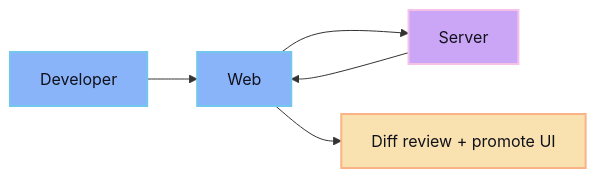
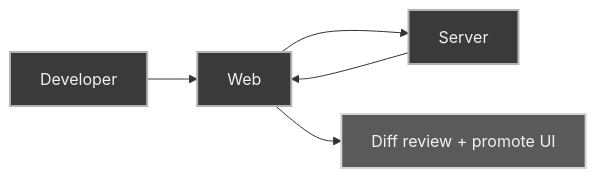
The diagram in src/content/docs/surfaces/web.md (cloudboy-jh/glib-code-docs), drawn with Mermaid before and after one commit. The commit also changed 15 other files, not shown here.

````diff
--- a/src/content/docs/surfaces/web.md
+++ b/src/content/docs/surfaces/web.md
@@ -16,16 +16,16 @@
 ```mermaid
 flowchart LR
   User["Developer"] --> Web["Web"]
   Web --> Server["Server"]
   Server --> Web
   Web --> Review["Diff review + promote UI"]
 
-  classDef ui fill:#89b4fa,stroke:#74c7ec,color:#11111b,stroke-width:2px
-  classDef review fill:#f9e2af,stroke:#fab387,color:#11111b,stroke-width:2px
-  classDef server fill:#cba6f7,stroke:#f5c2e7,color:#11111b,stroke-width:2px
-  classDef safe fill:#a6e3a1,stroke:#94e2d5,color:#11111b,stroke-width:2px
+  classDef ui fill:#3a3a3a,stroke:#b3b3b3,color:#f2f2f2,stroke-width:2px
+  classDef review fill:#5a5a5a,stroke:#d4d4d4,color:#f2f2f2,stroke-width:2px
+  classDef server fill:#3a3a3a,stroke:#b3b3b3,color:#f2f2f2,stroke-width:2px
+  classDef safe fill:#4a5a2a,stroke:#8aaa4a,color:#f2f2f2,stroke-width:2px
 
   class User,Web ui
   class Review review
   class Server server
 ```
````
